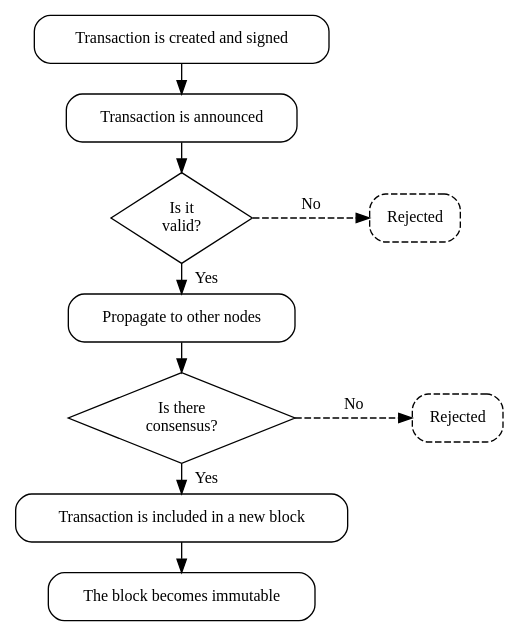
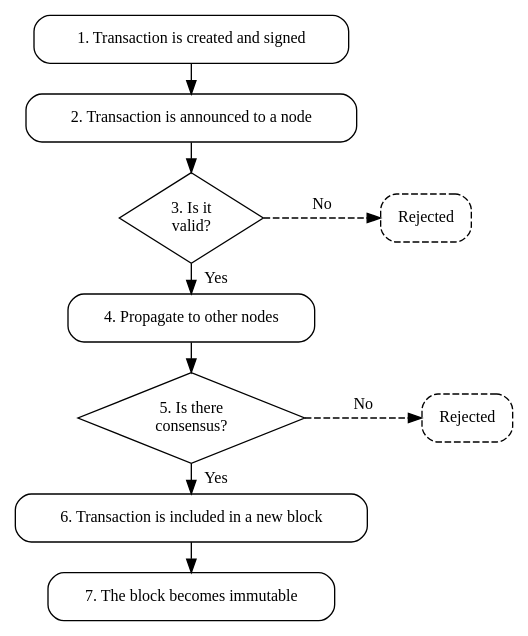
Before and after one commit to symbol/symbol: the third of 3 diagrams in mkdocs/pages/en/textbook/transactions.md, drawn with Graphviz. The commit also changed other lines of this file and 1 other file, not shown here.

````diff
--- a/mkdocs/pages/en/textbook/transactions.md
+++ b/mkdocs/pages/en/textbook/transactions.md
@@ -145,39 +156,39 @@
 ```dot
 digraph "Transaction Lifecycle" {
     node [shape=box, style=rounded, fontsize=12];
     edge [fontsize=12];
     nodesep=0.3;
     ranksep=0.3;
 
     // Main vertical flow
-    Creation     [label="Transaction is created and signed", URL="#1-creation-and-signature"];
-    Announcement [label="Transaction is announced", URL="#2-announcement"];
-    Validation   [label="Is it
+    Creation     [label="1. Transaction is created and signed", URL="#1-creation-and-signature"];
+    Announcement [label="2. Transaction is announced to a node", URL="#2-announcement"];
+    Validation   [label="3. Is it
 valid?", shape=diamond, style="", URL="#3-validation"];
-    Propagation  [label="Propagate to other nodes", URL="#4-propagation"];
-    Consensus    [label="Is there
+    Propagation  [label="4. Propagate to other nodes", URL="#4-propagation"];
+    Consensus    [label="5. Is there
 consensus?", shape=diamond, style="", URL="#5-consensus"];
-    Confirmation [label="Transaction is included in a new block", URL="#6-confirmation"];
-    Finalization [label="The block becomes immutable", URL="#7-finalization"];
+    Confirmation [label="6. Transaction is included in a new block", URL="#6-confirmation"];
+    Finalization [label="7. The block becomes immutable", URL="#7-finalization"];
 
     // Rejection branches
     Rejection1   [label="Rejected" style="rounded,dashed"];
     Rejection2   [label="Rejected" style="rounded,dashed"];
 
     // Main flow edges
     Creation ->     Announcement;
     Announcement -> Validation;
     Validation ->   Propagation [label="   Yes", labelfloat=true];
     Propagation ->  Consensus;
     Consensus ->    Confirmation [label="   Yes", labelfloat=true];
     Confirmation -> Finalization;
 
     // Rejection branches to the right
     Validation ->   Rejection1 [label=No, style=dashed, minlen=2];
     Consensus ->    Rejection2 [label=No, style=dashed, minlen=2];
 
     // Position rejection nodes on the same rank as their source
     { rank = same; Validation; Rejection1 }
     { rank = same; Consensus; Rejection2 }
 }
 ```
````
